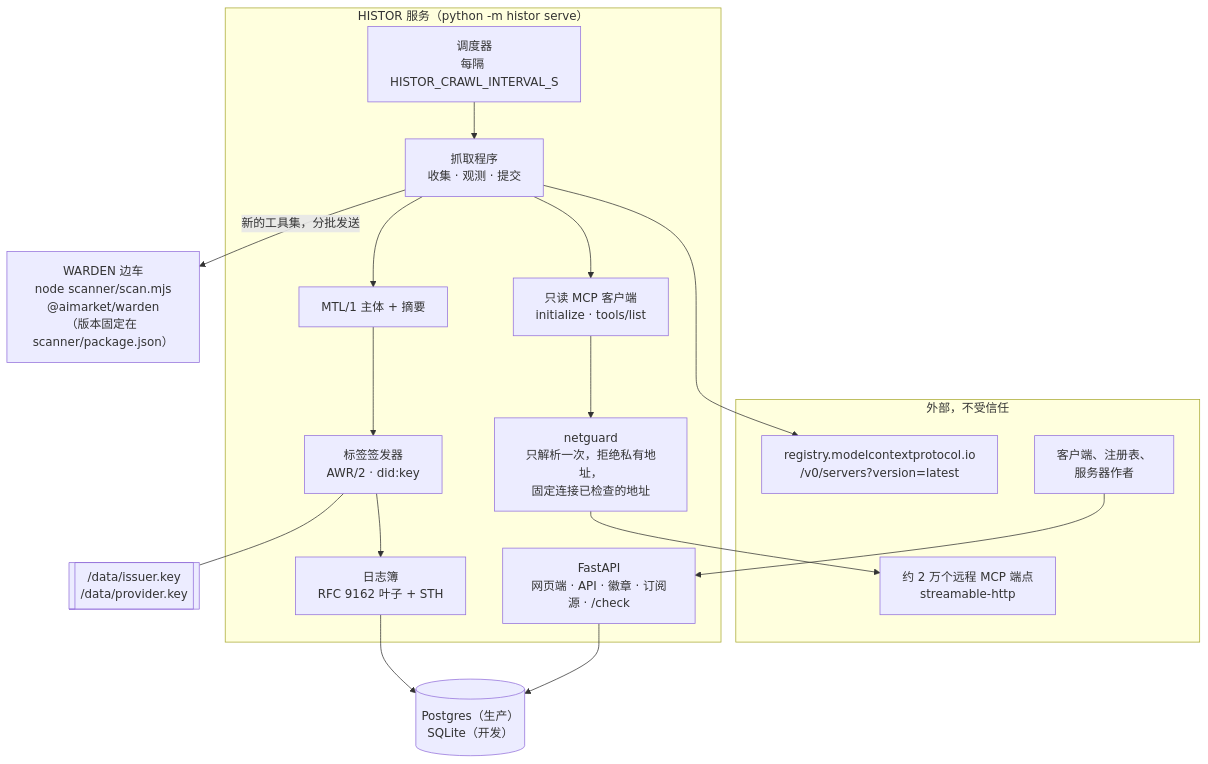
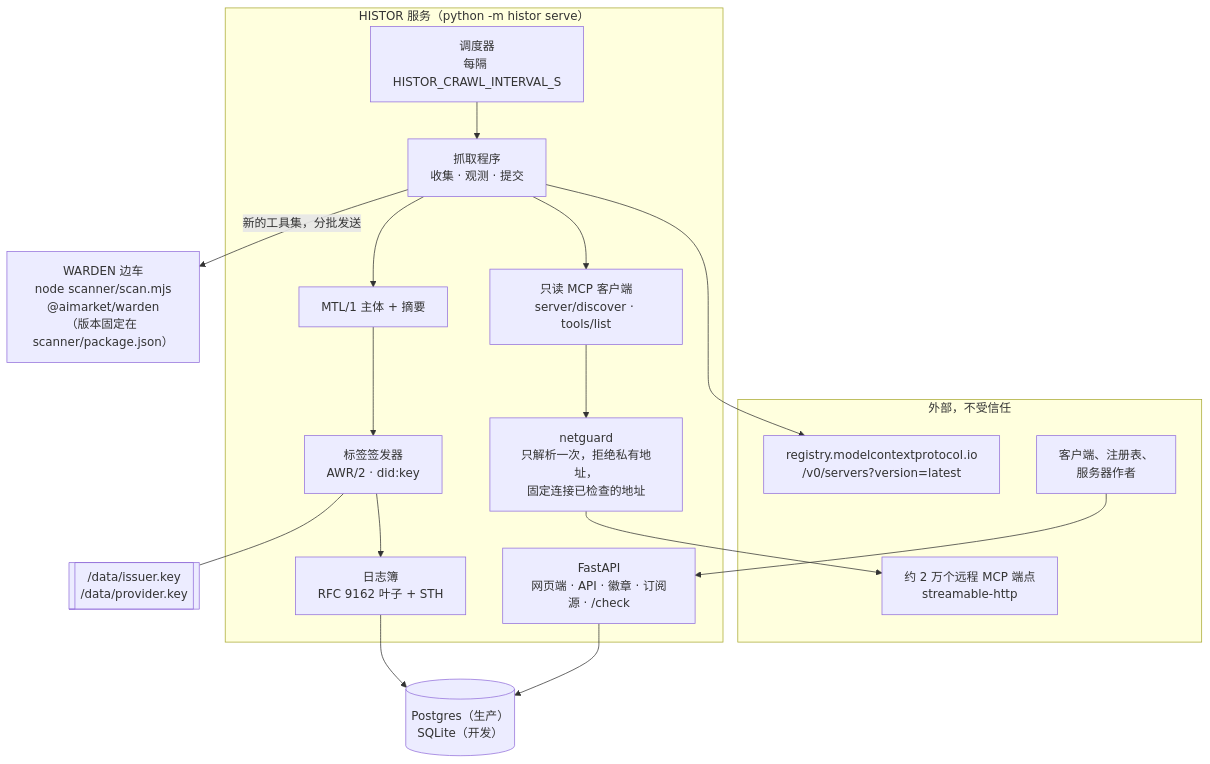
Before and after one commit to alexar76/histor: the first of 4 diagrams in docs/architecture.zh.md, drawn with Mermaid. The commit also changed other lines of this file and 78 other files, not shown here.

````diff
--- a/docs/architecture.zh.md
+++ b/docs/architecture.zh.md
@@ -8,30 +8,30 @@
 ```mermaid
 flowchart TB
     subgraph Outside["外部，不受信任"]
         REG["registry.modelcontextprotocol.io<br/>/v0/servers?version=latest"]
         MCP["约 2 万个远程 MCP 端点<br/>streamable-http"]
         CLIENT["客户端、注册表、<br/>服务器作者"]
     end
     subgraph Service["HISTOR 服务（python -m histor serve）"]
         SCHED["调度器<br/>每隔 HISTOR_CRAWL_INTERVAL_S"]
         CRAWL["抓取程序<br/>收集 · 观测 · 提交"]
         GUARD["netguard<br/>只解析一次，拒绝私有地址，<br/>固定连接已检查的地址"]
-        READER["只读 MCP 客户端<br/>initialize · tools/list"]
+        READER["只读 MCP 客户端<br/>server/discover · tools/list"]
         SUBJ["MTL/1 主体 + 摘要"]
         LABELS["标签签发器<br/>AWR/2 · did:key"]
         LOG["日志簿<br/>RFC 9162 叶子 + STH"]
         API["FastAPI<br/>网页端 · API · 徽章 · 订阅源 · /check"]
     end
     SIDE["WARDEN 边车<br/>node scanner/scan.mjs<br/>@aimarket/warden<br/>（版本固定在 scanner/package.json）"]
     DB[("Postgres（生产）<br/>SQLite（开发）")]
     KEY[["/data/issuer.key<br/>/data/provider.key"]]
 
     SCHED --> CRAWL
     CRAWL --> REG
     CRAWL --> READER --> GUARD --> MCP
     CRAWL --> SUBJ --> LABELS --> LOG --> DB
     CRAWL -- "新的工具集，分批发送" --> SIDE
     LABELS --- KEY
     API --> DB
     CLIENT --> API
 ```
````
